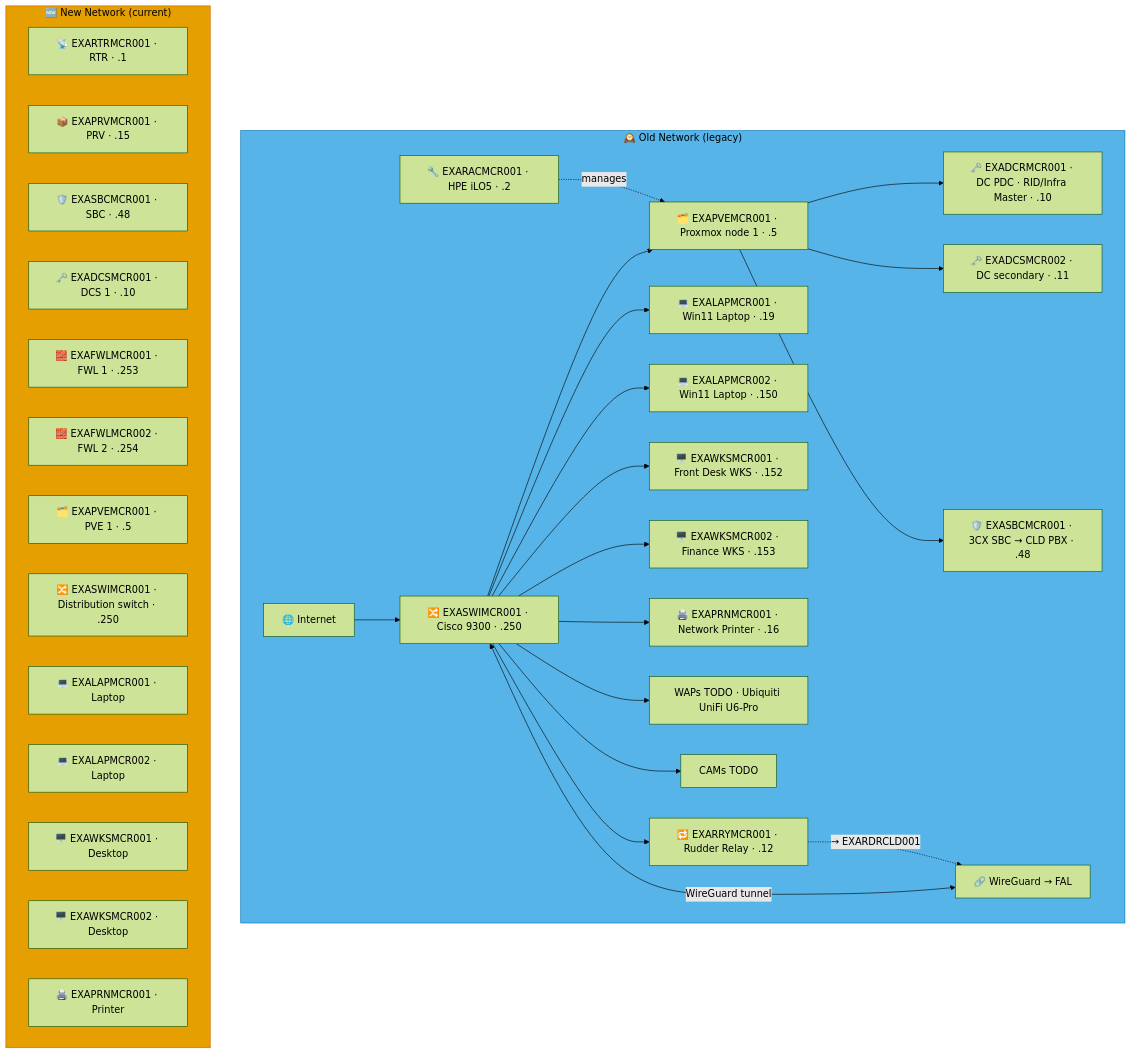
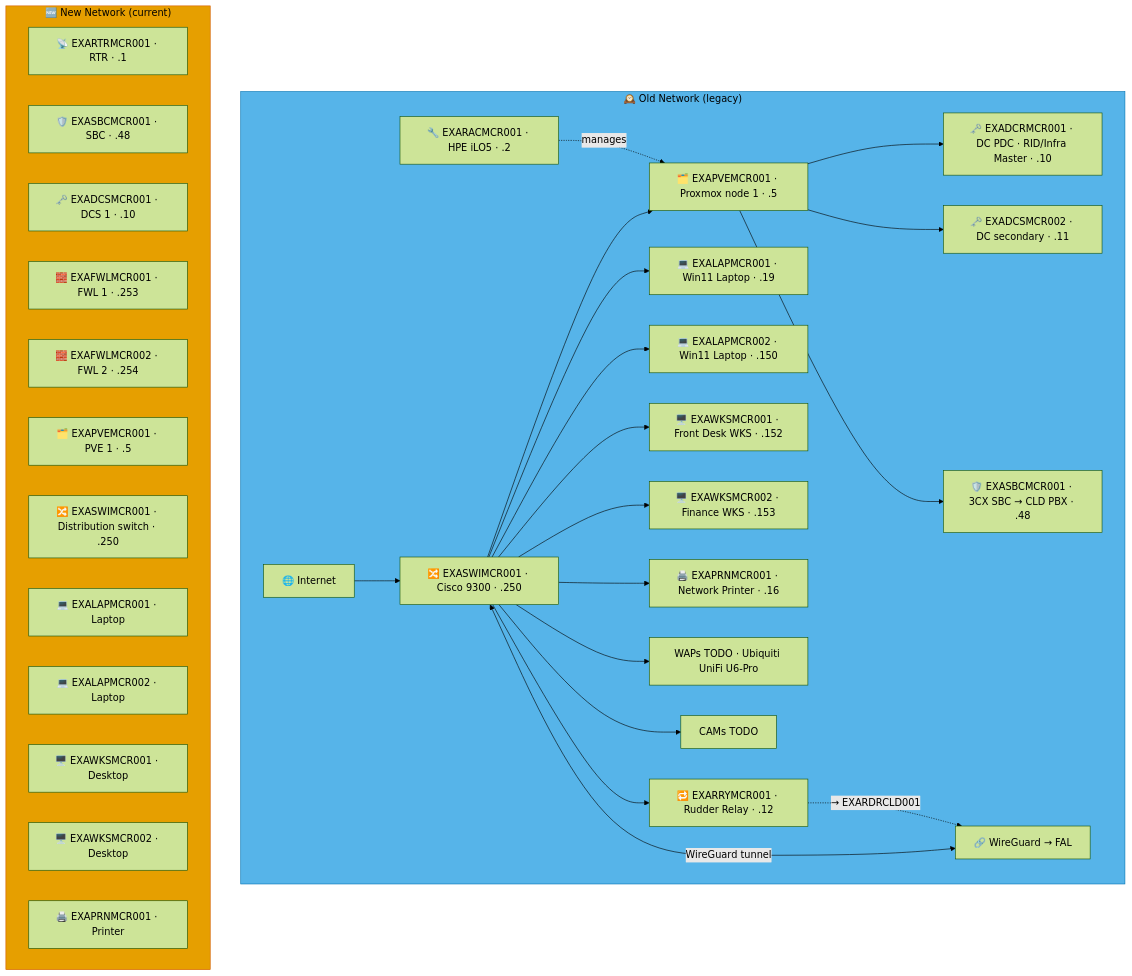
One commit to knightmare2600/example_music_infra changed the third of 9 diagrams in docs/network-diagram/england.md. Above: the diagram before and after it, drawn with Mermaid (forest theme). The commit also changed other lines of this file and 55 other files, not shown here.

````diff
--- a/docs/network-diagram/england.md
+++ b/docs/network-diagram/england.md
@@ -148,49 +146,48 @@
 ```mermaid
 graph TD
     subgraph OLD_MCR ["🕰️ Old Network (legacy)"]
       INET["🌐 Internet"]
       SW["🔀 EXASWIMCR001 · Cisco 9300 · .250"]
       RAC["🔧 EXARACMCR001 · HPE iLO5 · .2"]
       PVE["🗂️ EXAPVEMCR001 · Proxmox node 1 · .5"]
       DC1["🗝️ EXADCRMCR001 · DC PDC · RID/Infra Master · .10"]
       DC2["🗝️ EXADCSMCR002 · DC secondary · .11"]
       SBC["🛡️ EXASBCMCR001 · 3CX SBC → CLD PBX · .48"]
       RRY["🔁 EXARRYMCR001 · Rudder Relay · .12"]
       LAP1["💻 EXALAPMCR001 · Win11 Laptop · .19"]
       LAP2["💻 EXALAPMCR002 · Win11 Laptop · .150"]
       WKS1["🖥️ EXAWKSMCR001 · Front Desk WKS · .152"]
       WKS2["🖥️ EXAWKSMCR002 · Finance WKS · .153"]
       PRN["🖨️ EXAPRNMCR001 · Network Printer · .16"]
       WAP["WAPs TODO · Ubiquiti UniFi U6-Pro"]
       CAM["CAMs TODO"]
       VPN["🔗 WireGuard → FAL"]
 
       INET --> SW
       SW --> PVE --> DC1 & DC2 & SBC
       RAC -.->|"manages"| PVE
       SW --> LAP1 & LAP2 & WKS1 & WKS2 & PRN & WAP & CAM
       SW <-->|"WireGuard tunnel"| VPN
 
       SW --> RRY
       RRY -. "→ EXARDRCLD001" .-> VPN
     end
     style OLD_MCR fill:#56B4E9,stroke:#0072B2,color:#000000
     %% GENERATED:NEW-NETWORK:MCR:START
     subgraph NEW_MCR ["🆕 New Network (current)"]
       N_RTR["📡 EXARTRMCR001 · RTR · .1"]
-      N_PRV["📦 EXAPRVMCR001 · PRV · .15"]
       N_SBC["🛡️ EXASBCMCR001 · SBC · .48"]
       N_DCS["🗝️ EXADCSMCR001 · DCS 1 · .10"]
       N_FWL["🧱 EXAFWLMCR001 · FWL 1 · .253"]
       N_FWL2["🧱 EXAFWLMCR002 · FWL 2 · .254"]
       N_PVE["🗂️ EXAPVEMCR001 · PVE 1 · .5"]
       N_SWI["🔀 EXASWIMCR001 · Distribution switch · .250"]
       N_LAP["💻 EXALAPMCR001 · Laptop"]
       N_LAP2["💻 EXALAPMCR002 · Laptop"]
       N_WKS["🖥️ EXAWKSMCR001 · Desktop"]
       N_WKS2["🖥️ EXAWKSMCR002 · Desktop"]
       N_PRN["🖨️ EXAPRNMCR001 · Printer"]
     end
     style NEW_MCR fill:#E69F00,stroke:#D55E00,color:#000000
     %% GENERATED:NEW-NETWORK:MCR:END
 ```
````
